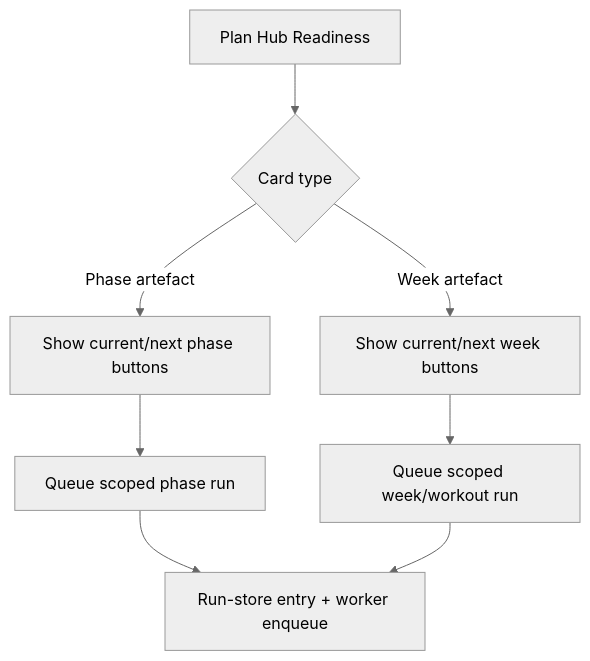
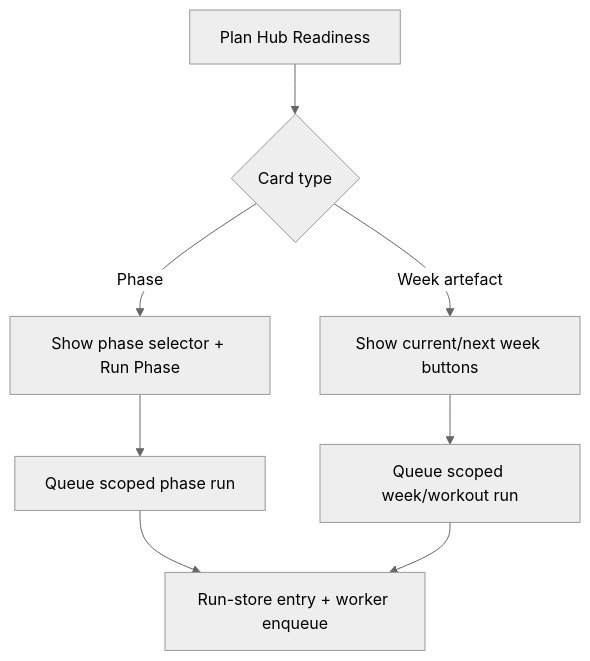
The diagram in doc/specs/features/FEAT_plan_hub_direct_step_actions.md (albauer-priv/RPS), drawn with Mermaid (neutral theme) before and after one commit. The commit also changed other lines of this file and 11 other files, not shown here.

````diff
--- a/doc/specs/features/FEAT_plan_hub_direct_step_actions.md
+++ b/doc/specs/features/FEAT_plan_hub_direct_step_actions.md
@@ -73,10 +71,10 @@
 ```mermaid
 flowchart TD
   A["Plan Hub Readiness"] --> B{"Card type"}
-  B -->|Phase artefact| C["Show current/next phase buttons"]
+  B -->|Phase| C["Show phase selector + Run Phase"]
   B -->|Week artefact| D["Show current/next week buttons"]
   C --> E["Queue scoped phase run"]
   D --> F["Queue scoped week/workout run"]
   E --> G["Run-store entry + worker enqueue"]
   F --> G
 ```
````
